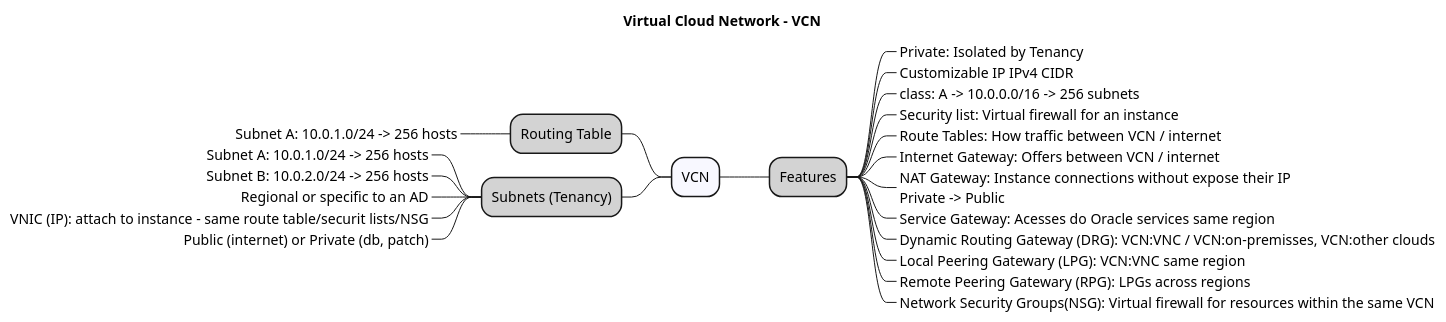
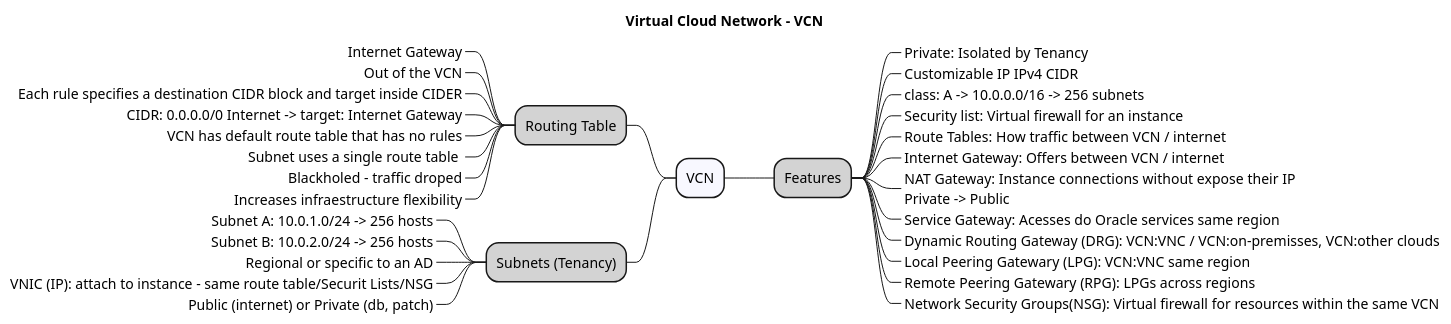
The diagram in docs/src/vcn.wsd (acnaweb/oci), drawn with PlantUML before and after one commit.

```diff
--- a/docs/src/vcn.wsd
+++ b/docs/src/vcn.wsd
@@ -1,38 +1,41 @@
 @startmindmap
 
 Title "Virtual Cloud Network - VCN"
 
 *[#F8F8FF]  VCN
 
 **[#LightGray] Features
 
 ***_ Private: Isolated by Tenancy
 ***_ Customizable IP IPv4 CIDR
 ***_ class: A -> 10.0.0.0/16 -> 256 subnets
 ***_ Security list: Virtual firewall for an instance
 ***_ Route Tables: How traffic between VCN / internet
 ***_ Internet Gateway: Offers between VCN / internet
 ***_ NAT Gateway: Instance connections without expose their IP\nPrivate -> Public
 ***_ Service Gateway: Acesses do Oracle services same region
 ***_ Dynamic Routing Gateway (DRG): VCN:VNC / VCN:on-premisses, VCN:other clouds
 ***_ Local Peering Gatewary (LPG): VCN:VNC same region
 ***_ Remote Peering Gatewary (RPG): LPGs across regions
 ***_ Network Security Groups(NSG): Virtual firewall for resources within the same VCN
 
-
 left side
 
 **[#LightGray] Routing Table
-***_ Subnet A: 10.0.1.0/24 -> 256 hosts
+***_ Internet Gateway
+***_ Out of the VCN
+***_ Each rule specifies a destination CIDR block and target inside CIDER
+***_ CIDR: 0.0.0.0/0 Internet -> target: Internet Gateway
+***_ VCN has default route table that has no rules
+***_ Subnet uses a single route table 
+***_ Blackholed - traffic droped
+***_ Increases infraestructure flexibility
 
 **[#LightGray] Subnets (Tenancy)
 ***_ Subnet A: 10.0.1.0/24 -> 256 hosts
 ***_ Subnet B: 10.0.2.0/24 -> 256 hosts
 ***_ Regional or specific to an AD
-***_ VNIC (IP): attach to instance - same route table/securit lists/NSG
+***_ VNIC (IP): attach to instance - same route table/Securit Lists/NSG
 ***_ Public (internet) or Private (db, patch)
 
-
-
-
 @endmindmap
```
